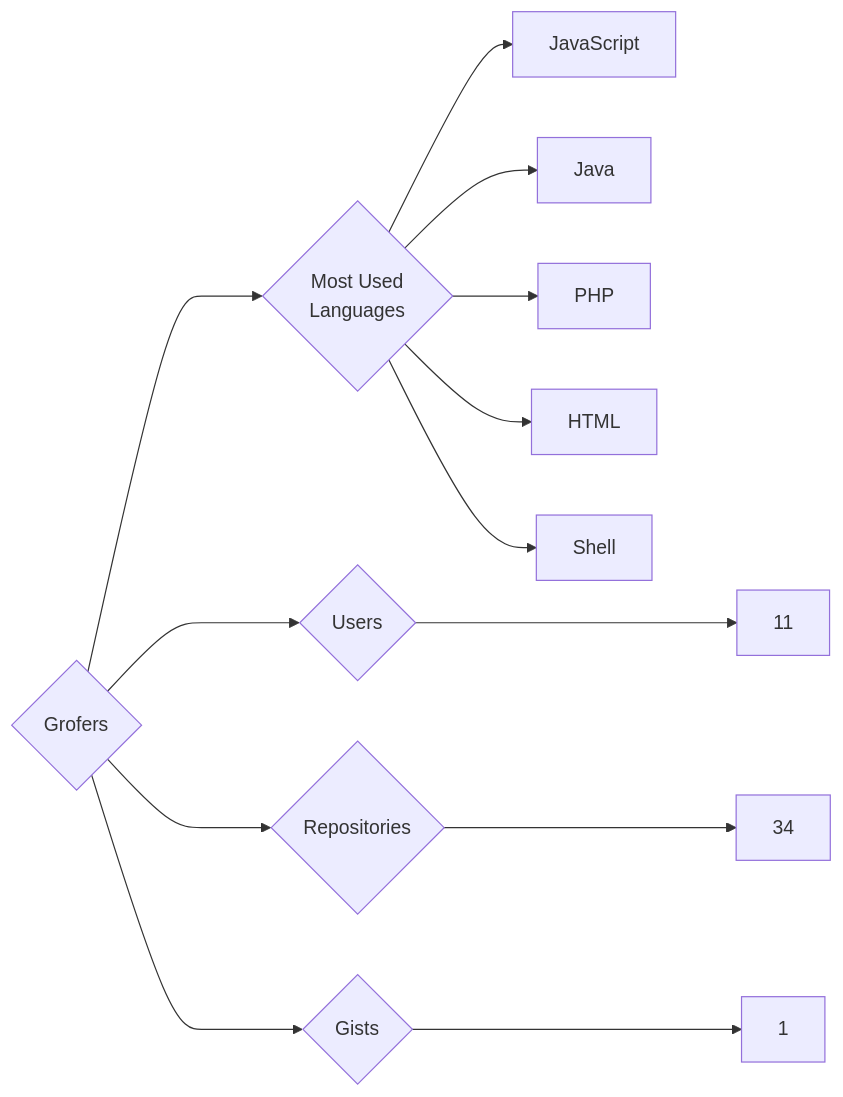
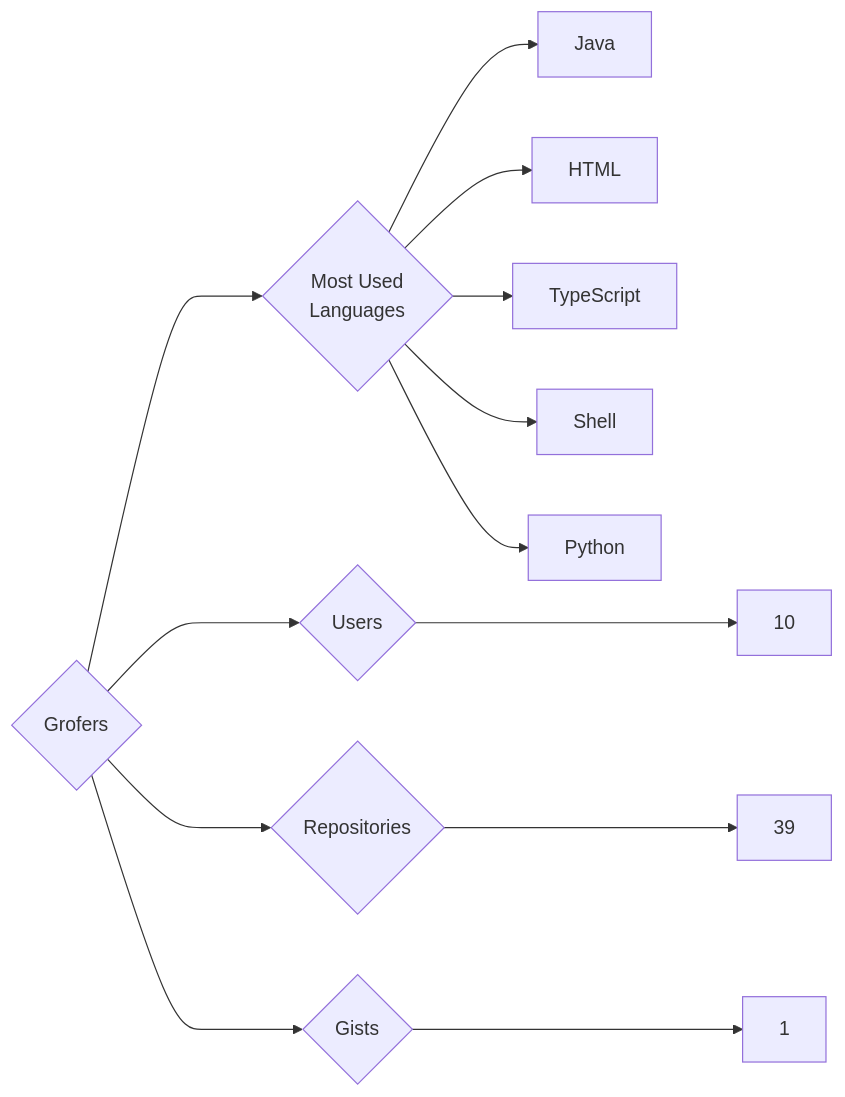
Before and after one commit to trickest/insiders: the diagram in targets/Grofers/README.md, drawn with Mermaid. The commit also changed 1120 other files, not shown here.

````diff
--- a/targets/Grofers/README.md
+++ b/targets/Grofers/README.md
@@ -3,13 +3,13 @@
 ```mermaid
 graph LR
 COMPANY_NAME{Grofers}
-COMPANY_NAME ---> U{Users} ---> UN[11]
-COMPANY_NAME ---> R{Repositories} ---> RN[34]
+COMPANY_NAME ---> U{Users} ---> UN[10]
+COMPANY_NAME ---> R{Repositories} ---> RN[39]
 COMPANY_NAME ---> G{Gists} ---> GN[1]
 COMPANY_NAME ---> ML{Most Used<br>Languages}
-ML --> JavaScript[JavaScript]
 ML --> Java[Java]
-ML --> PHP[PHP]
 ML --> HTML[HTML]
+ML --> TypeScript[TypeScript]
 ML --> Shell[Shell]
+ML --> Python[Python]
 ```
````
